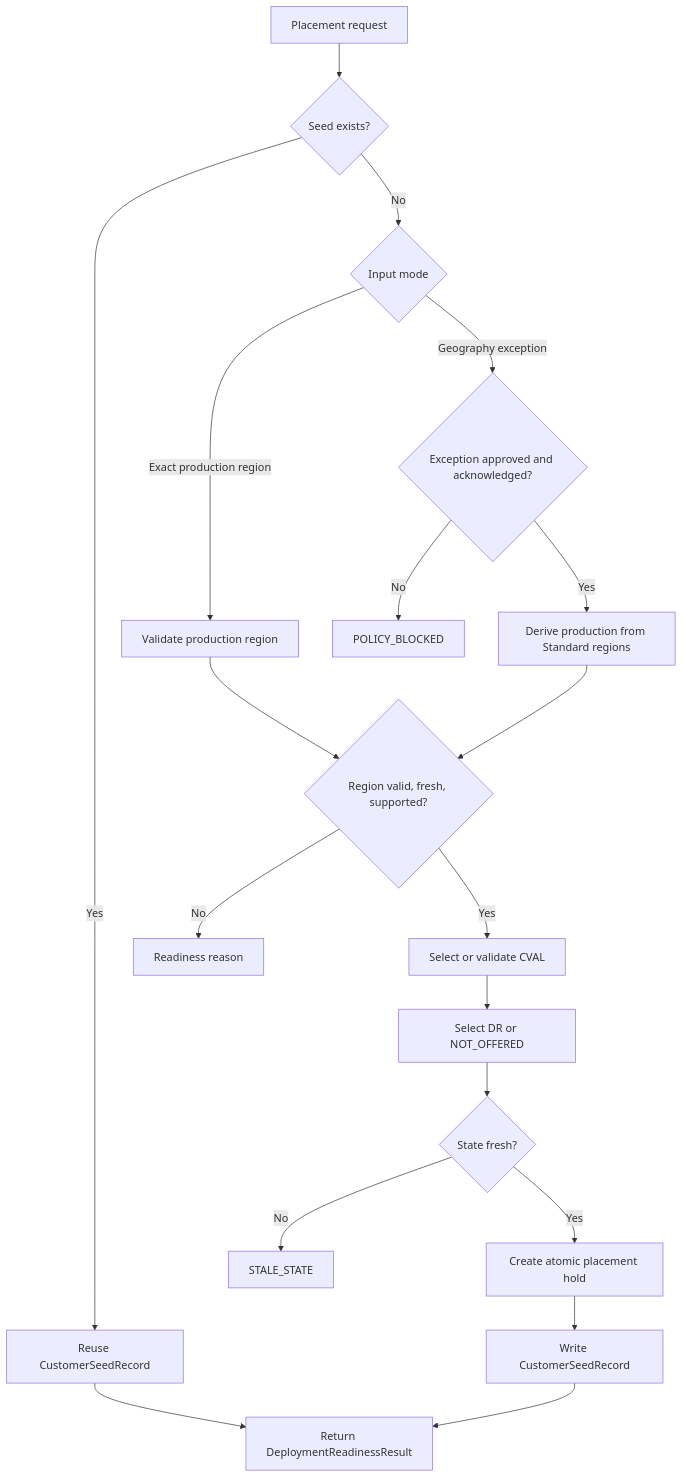
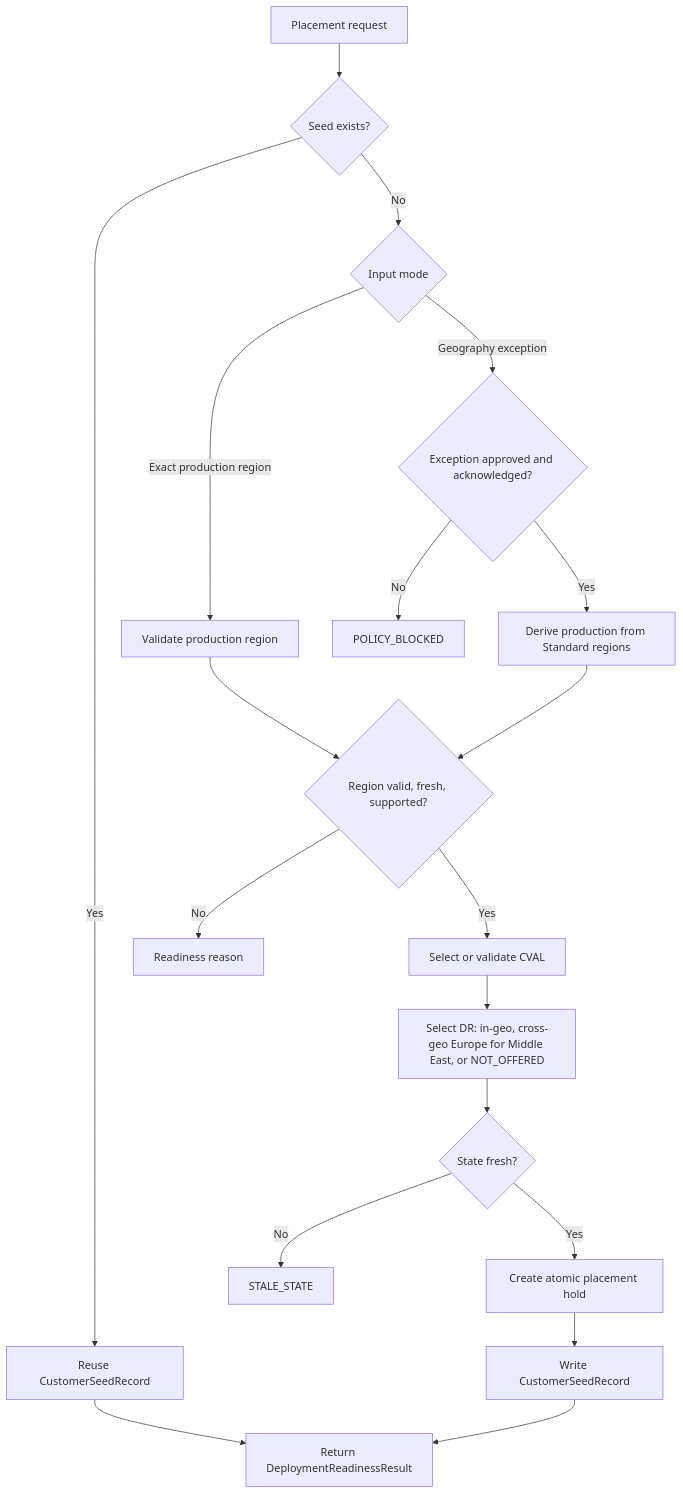
The diagram in Architecture/adr/acrme_adr_001_region_selection.md (vishnu4573/acrme-capacity-reservation), drawn with Mermaid before and after one commit. The commit also changed other lines of this file and 50 other files, not shown here.

First line of the commit message:
docs: Middle East cross-geo DR to Europe (v2.4 amended)

````diff
--- a/Architecture/adr/acrme_adr_001_region_selection.md
+++ b/Architecture/adr/acrme_adr_001_region_selection.md
@@ -77,21 +83,21 @@
 ```mermaid
 flowchart TD
     Request[Placement request] --> ExistingSeed{Seed exists?}
     ExistingSeed -- Yes --> Reuse[Reuse CustomerSeedRecord]
     ExistingSeed -- No --> Input{Input mode}
     Input -- Exact production region --> ValidateProd[Validate production region]
     Input -- Geography exception --> GeoApproval{Exception approved and acknowledged?}
     GeoApproval -- No --> PolicyBlocked[POLICY_BLOCKED]
     GeoApproval -- Yes --> DeriveProd[Derive production from Standard regions]
     ValidateProd --> ProdOk{Region valid, fresh, supported?}
     DeriveProd --> ProdOk
     ProdOk -- No --> NotReady[Readiness reason]
     ProdOk -- Yes --> SelectCVAL[Select or validate CVAL]
-    SelectCVAL --> SelectDR[Select DR or NOT_OFFERED]
+    SelectCVAL --> SelectDR[Select DR: in-geo, cross-geo Europe for Middle East, or NOT_OFFERED]
     SelectDR --> Fresh{State fresh?}
     Fresh -- No --> Stale[STALE_STATE]
     Fresh -- Yes --> Hold[Create atomic placement hold]
     Hold --> Seed[Write CustomerSeedRecord]
     Reuse --> Readiness[Return DeploymentReadinessResult]
     Seed --> Readiness
 ```
````
